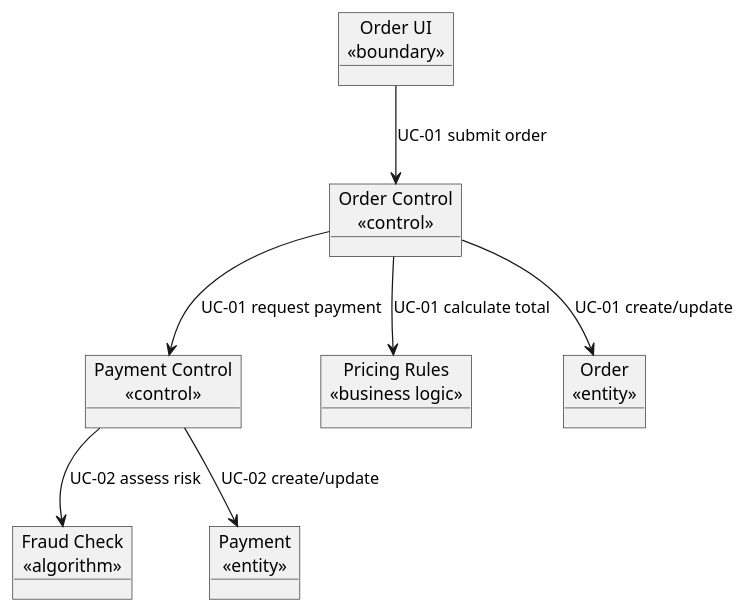
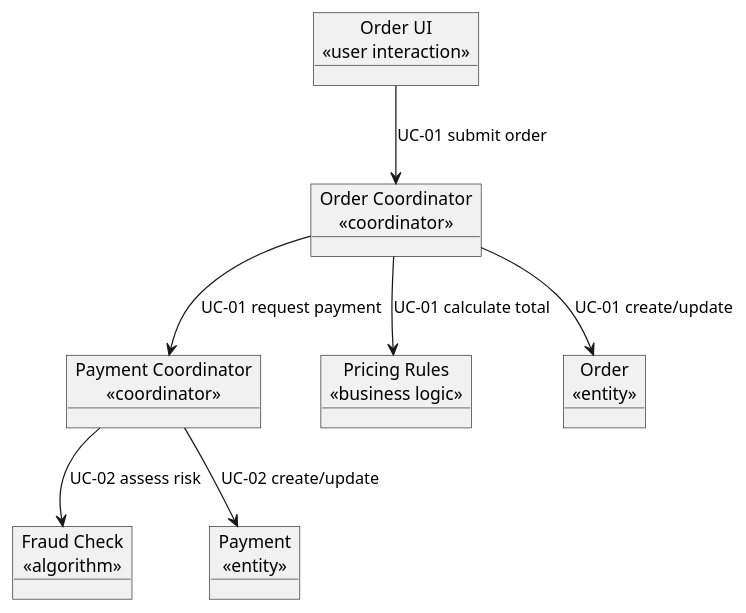
One commit to nttung42/SWD392 changed the sixth of 13 diagrams in .agents/.skills/comet-diagrams/references/plantuml-templates.md. Above: the diagram before and after it, drawn with PlantUML. The commit also changed other lines of this file and 4 other files, not shown here.

````diff
--- a/.agents/.skills/comet-diagrams/references/plantuml-templates.md
+++ b/.agents/.skills/comet-diagrams/references/plantuml-templates.md
@@ -107,18 +128,18 @@
 ```plantuml
 @startuml
-object "Order UI\n«boundary»" as OrderUI
-object "Order Control\n«control»" as OrderControl
-object "Payment Control\n«control»" as PaymentControl
+object "Order UI\n«user interaction»" as OrderUI
+object "Order Coordinator\n«coordinator»" as OrderCoordinator
+object "Payment Coordinator\n«coordinator»" as PaymentCoordinator
 object "Pricing Rules\n«business logic»" as PricingRules
 object "Fraud Check\n«algorithm»" as FraudCheck
 object "Order\n«entity»" as Order
 object "Payment\n«entity»" as Payment
 
-OrderUI --> OrderControl : UC-01 submit order
-OrderControl --> PricingRules : UC-01 calculate total
-OrderControl --> PaymentControl : UC-01 request payment
-PaymentControl --> FraudCheck : UC-02 assess risk
-OrderControl --> Order : UC-01 create/update
-PaymentControl --> Payment : UC-02 create/update
+OrderUI --> OrderCoordinator : UC-01 submit order
+OrderCoordinator --> PricingRules : UC-01 calculate total
+OrderCoordinator --> PaymentCoordinator : UC-01 request payment
+PaymentCoordinator --> FraudCheck : UC-02 assess risk
+OrderCoordinator --> Order : UC-01 create/update
+PaymentCoordinator --> Payment : UC-02 create/update
 @enduml
 ```
````
